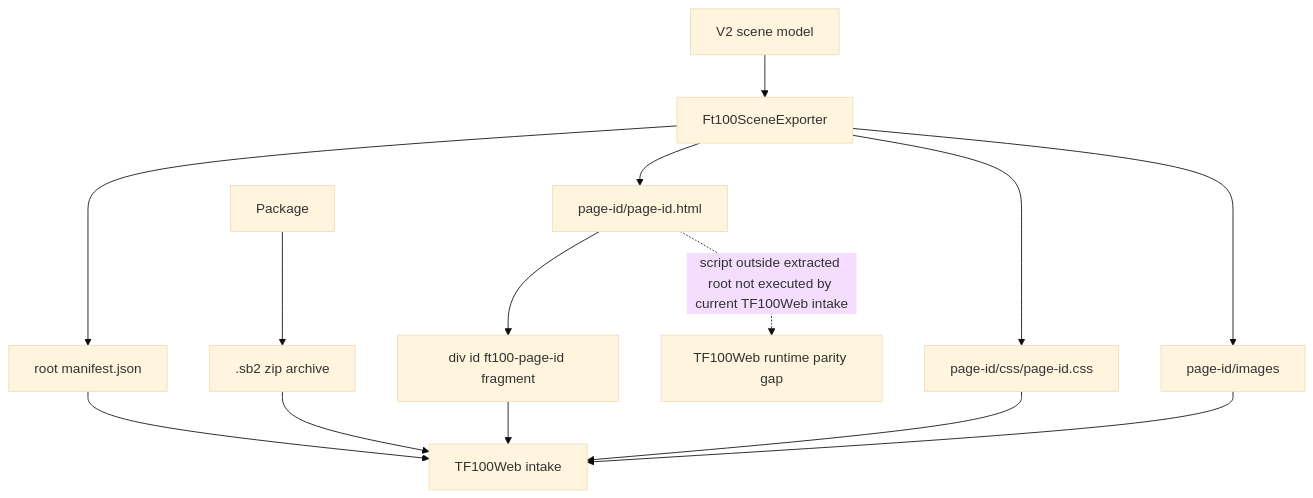
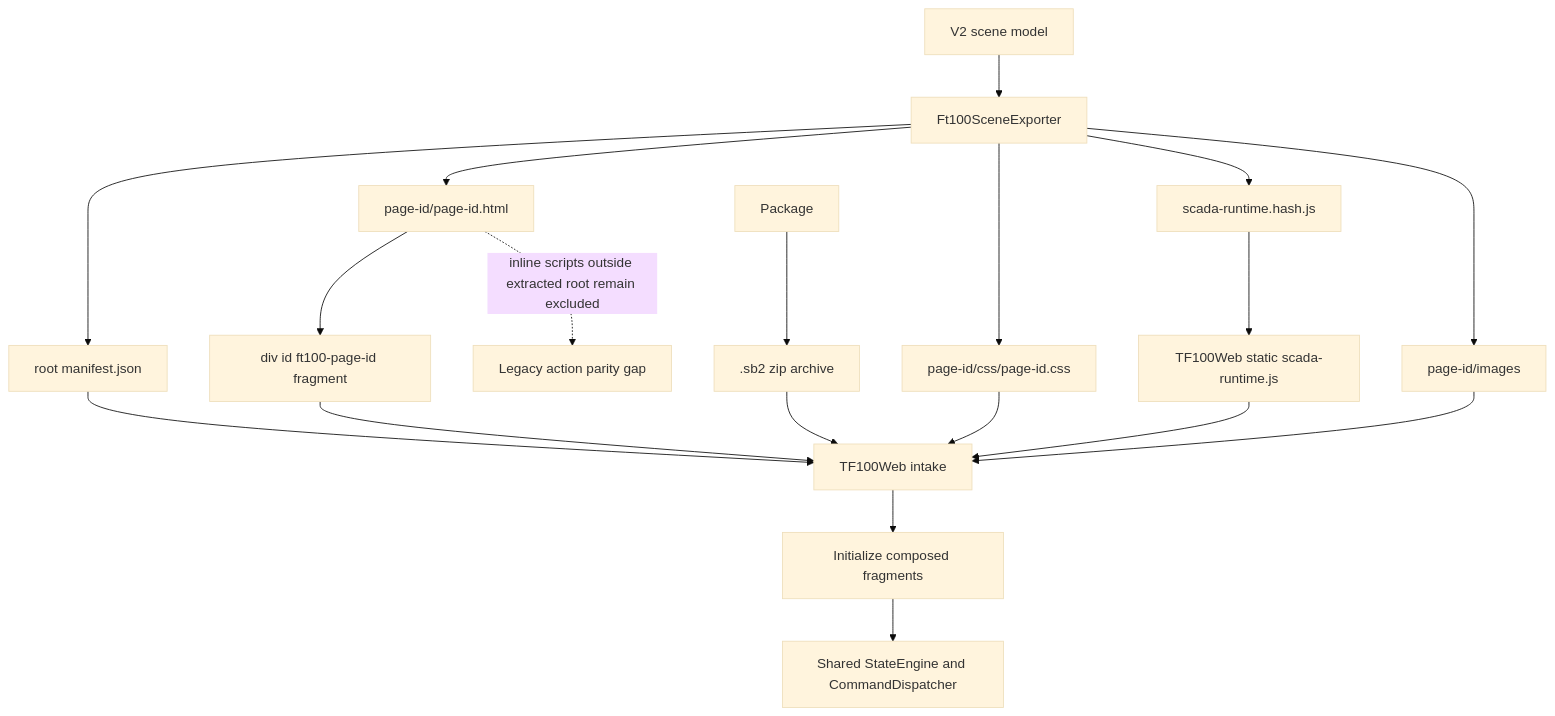
The diagram in docs/03_runtime_contracts/FT100_TF100WEB_PACKAGE_CONTRACT_V2.md (technologiesflorizon/scadabuilder), drawn with Mermaid (base theme) before and after one commit. The commit also changed other lines of this file and 19 other files, not shown here.

````diff
--- a/docs/03_runtime_contracts/FT100_TF100WEB_PACKAGE_CONTRACT_V2.md
+++ b/docs/03_runtime_contracts/FT100_TF100WEB_PACKAGE_CONTRACT_V2.md
@@ -230,16 +232,21 @@
 ```mermaid
 flowchart TD
   Scene[V2 scene model] --> Exporter[Ft100SceneExporter]
   Exporter --> RootManifest[root manifest.json]
   Exporter --> PageHtml[page-id/page-id.html]
   Exporter --> PageCss[page-id/css/page-id.css]
+  Exporter --> Runtime[scada-runtime.hash.js]
   Exporter --> Assets[page-id/images]
   RootManifest --> TF100Web[TF100Web intake]
   PageHtml --> RootFragment[div id ft100-page-id fragment]
   RootFragment --> TF100Web
   PageCss --> TF100Web
   Assets --> TF100Web
   Package --> Sb2[.sb2 zip archive]
   Sb2 --> TF100Web
-  PageHtml -. script outside extracted root not executed by current TF100Web intake .-> Gap[TF100Web runtime parity gap]
+  Runtime --> DeployRuntime[TF100Web static scada-runtime.js]
+  DeployRuntime --> TF100Web
+  TF100Web --> Init[Initialize composed fragments]
+  Init --> StateCommand[Shared StateEngine and CommandDispatcher]
+  PageHtml -. inline scripts outside extracted root remain excluded .-> Gap[Legacy action parity gap]
 ```
````
